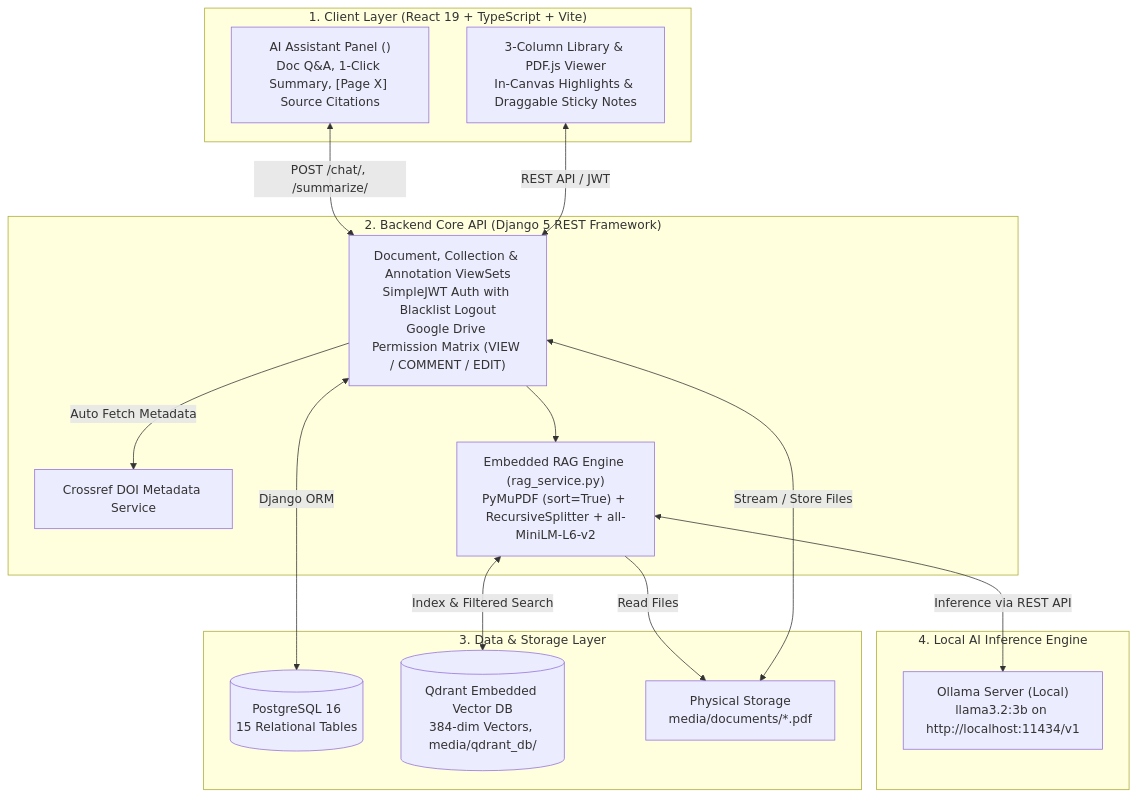
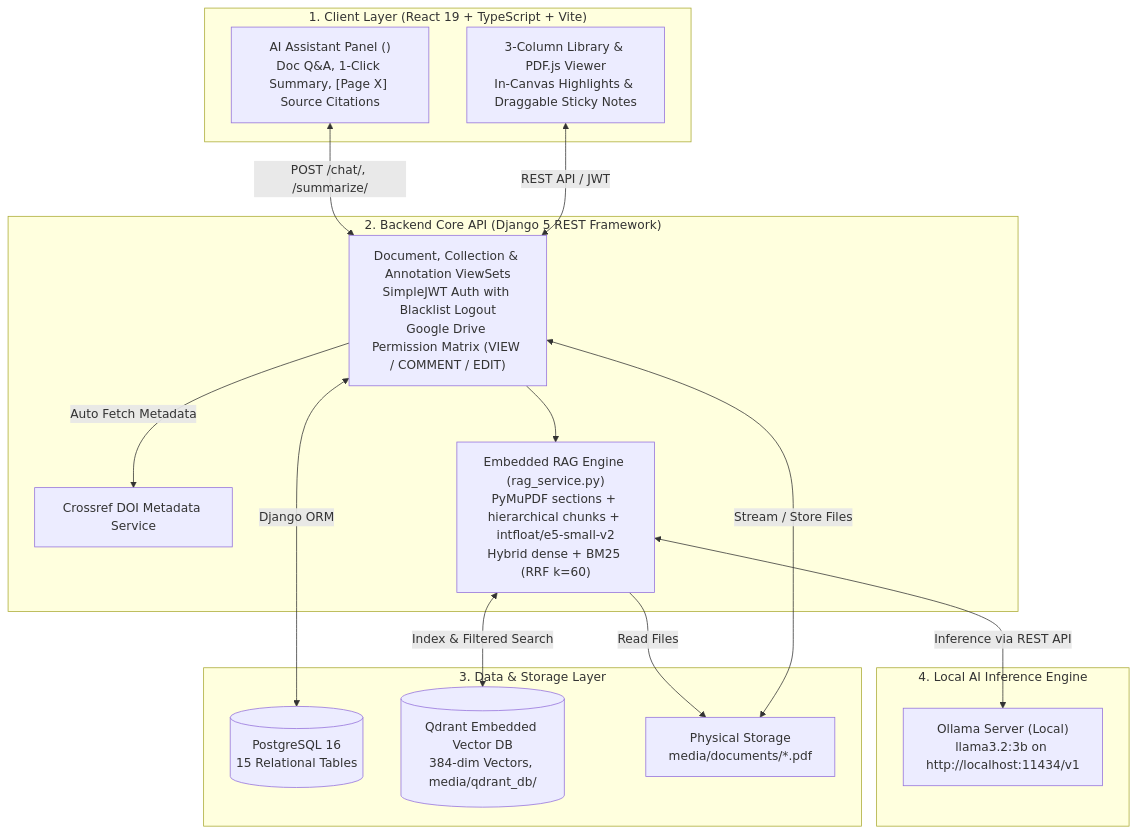
Before and after one commit to Scrowbin/science-document-viewer: the diagram in README.md, drawn with Mermaid. The commit also changed other lines of this file and 52 other files, not shown here.

````diff
--- a/README.md
+++ b/README.md
@@ -56,33 +59,33 @@
 ```mermaid
 flowchart TB
     subgraph ClientLayer ["1. Client Layer (React 19 + TypeScript + Vite)"]
         FE_UI["3-Column Library & PDF.js Viewer\nIn-Canvas Highlights & Draggable Sticky Notes"]
         FE_AI["AI Assistant Panel (<AiChatPanel>)\nDoc Q&A, 1-Click Summary, [Page X] Source Citations"]
     end
 
     subgraph BackendLayer ["2. Backend Core API (Django 5 REST Framework)"]
         BE_API["Document, Collection & Annotation ViewSets\nSimpleJWT Auth with Blacklist Logout\nGoogle Drive Permission Matrix (VIEW / COMMENT / EDIT)"]
         BE_DOI["Crossref DOI Metadata Service"]
-        BE_RAG["Embedded RAG Engine (rag_service.py)\nPyMuPDF (sort=True) + RecursiveSplitter + all-MiniLM-L6-v2"]
+        BE_RAG["Embedded RAG Engine (rag_service.py)\nPyMuPDF sections + hierarchical chunks + intfloat/e5-small-v2\nHybrid dense + BM25 (RRF k=60)"]
     end
 
     subgraph DataLayer ["3. Data & Storage Layer"]
         PG[("PostgreSQL 16\n15 Relational Tables")]
         QD[("Qdrant Embedded Vector DB\n384-dim Vectors, media/qdrant_db/")]
         FS["Physical Storage\nmedia/documents/*.pdf"]
     end
 
     subgraph LocalAI ["4. Local AI Inference Engine"]
         OLLAMA["Ollama Server (Local)\nllama3.2:3b on http://localhost:11434/v1"]
     end
 
     FE_UI <-->|REST API / JWT| BE_API
     FE_AI <-->|POST /chat/, /summarize/| BE_API
     BE_API -->|Auto Fetch Metadata| BE_DOI
     BE_API <-->|Django ORM| PG
     BE_API <-->|Stream / Store Files| FS
     BE_API --> BE_RAG
     BE_RAG <-->|Index & Filtered Search| QD
     BE_RAG <-->|Inference via REST API| OLLAMA
     BE_RAG -->|Read Files| FS
 ```
````
